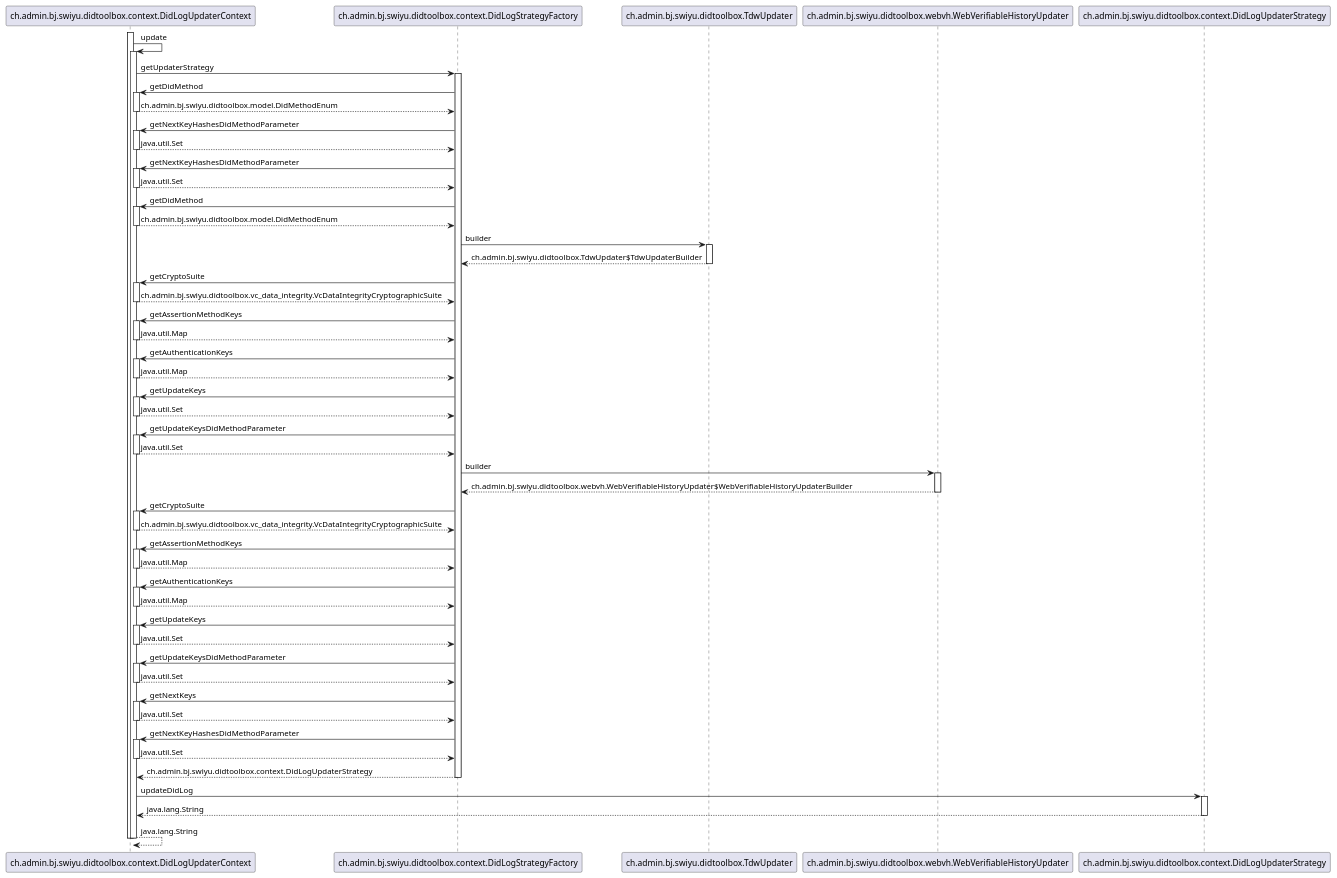
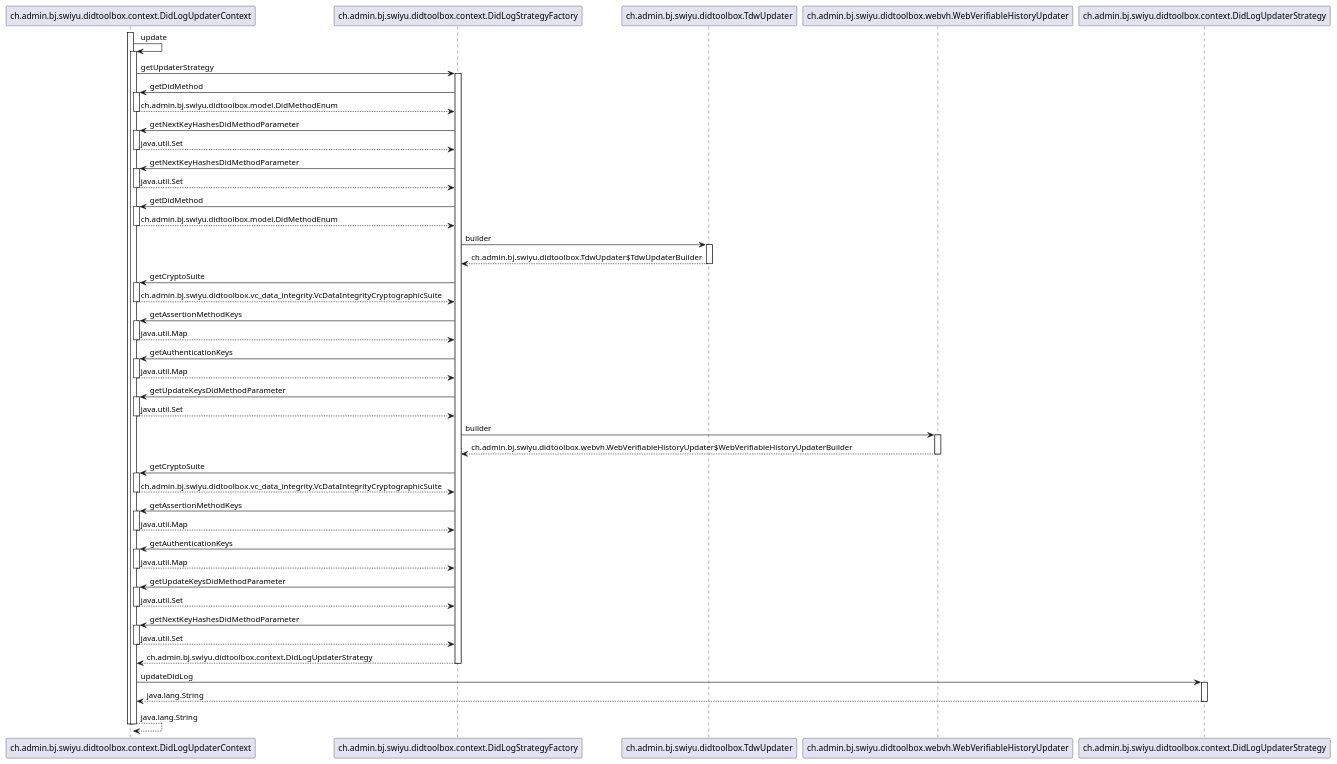
One commit to swiyu-admin-ch/didtoolbox-java changed the diagram in src/main/plantuml/DidLogUpdaterContext-update.puml. Above: the diagram before and after it, drawn with PlantUML. The commit also changed 20 other files, not shown here.

```diff
--- a/src/main/plantuml/DidLogUpdaterContext-update.puml
+++ b/src/main/plantuml/DidLogUpdaterContext-update.puml
@@ -2,96 +2,84 @@
 @startuml
 
 participant ch.admin.bj.swiyu.didtoolbox.context.DidLogUpdaterContext
 participant ch.admin.bj.swiyu.didtoolbox.context.DidLogStrategyFactory
 participant ch.admin.bj.swiyu.didtoolbox.TdwUpdater
 participant ch.admin.bj.swiyu.didtoolbox.webvh.WebVerifiableHistoryUpdater
 participant ch.admin.bj.swiyu.didtoolbox.context.DidLogUpdaterStrategy
 
 activate ch.admin.bj.swiyu.didtoolbox.context.DidLogUpdaterContext
 	ch.admin.bj.swiyu.didtoolbox.context.DidLogUpdaterContext -> ch.admin.bj.swiyu.didtoolbox.context.DidLogUpdaterContext : update
 	activate ch.admin.bj.swiyu.didtoolbox.context.DidLogUpdaterContext
 		ch.admin.bj.swiyu.didtoolbox.context.DidLogUpdaterContext -> ch.admin.bj.swiyu.didtoolbox.context.DidLogStrategyFactory : getUpdaterStrategy
 		activate ch.admin.bj.swiyu.didtoolbox.context.DidLogStrategyFactory
 			ch.admin.bj.swiyu.didtoolbox.context.DidLogStrategyFactory -> ch.admin.bj.swiyu.didtoolbox.context.DidLogUpdaterContext : getDidMethod
 			activate ch.admin.bj.swiyu.didtoolbox.context.DidLogUpdaterContext
 				ch.admin.bj.swiyu.didtoolbox.context.DidLogUpdaterContext --> ch.admin.bj.swiyu.didtoolbox.context.DidLogStrategyFactory : ch.admin.bj.swiyu.didtoolbox.model.DidMethodEnum
 			deactivate ch.admin.bj.swiyu.didtoolbox.context.DidLogUpdaterContext
 			ch.admin.bj.swiyu.didtoolbox.context.DidLogStrategyFactory -> ch.admin.bj.swiyu.didtoolbox.context.DidLogUpdaterContext : getNextKeyHashesDidMethodParameter
 			activate ch.admin.bj.swiyu.didtoolbox.context.DidLogUpdaterContext
 				ch.admin.bj.swiyu.didtoolbox.context.DidLogUpdaterContext --> ch.admin.bj.swiyu.didtoolbox.context.DidLogStrategyFactory : java.util.Set
 			deactivate ch.admin.bj.swiyu.didtoolbox.context.DidLogUpdaterContext
 			ch.admin.bj.swiyu.didtoolbox.context.DidLogStrategyFactory -> ch.admin.bj.swiyu.didtoolbox.context.DidLogUpdaterContext : getNextKeyHashesDidMethodParameter
 			activate ch.admin.bj.swiyu.didtoolbox.context.DidLogUpdaterContext
 				ch.admin.bj.swiyu.didtoolbox.context.DidLogUpdaterContext --> ch.admin.bj.swiyu.didtoolbox.context.DidLogStrategyFactory : java.util.Set
 			deactivate ch.admin.bj.swiyu.didtoolbox.context.DidLogUpdaterContext
 			ch.admin.bj.swiyu.didtoolbox.context.DidLogStrategyFactory -> ch.admin.bj.swiyu.didtoolbox.context.DidLogUpdaterContext : getDidMethod
 			activate ch.admin.bj.swiyu.didtoolbox.context.DidLogUpdaterContext
 				ch.admin.bj.swiyu.didtoolbox.context.DidLogUpdaterContext --> ch.admin.bj.swiyu.didtoolbox.context.DidLogStrategyFactory : ch.admin.bj.swiyu.didtoolbox.model.DidMethodEnum
 			deactivate ch.admin.bj.swiyu.didtoolbox.context.DidLogUpdaterContext
 			ch.admin.bj.swiyu.didtoolbox.context.DidLogStrategyFactory -> ch.admin.bj.swiyu.didtoolbox.TdwUpdater : builder
 			activate ch.admin.bj.swiyu.didtoolbox.TdwUpdater
 				ch.admin.bj.swiyu.didtoolbox.TdwUpdater --> ch.admin.bj.swiyu.didtoolbox.context.DidLogStrategyFactory : ch.admin.bj.swiyu.didtoolbox.TdwUpdater$TdwUpdaterBuilder
 			deactivate ch.admin.bj.swiyu.didtoolbox.TdwUpdater
 			ch.admin.bj.swiyu.didtoolbox.context.DidLogStrategyFactory -> ch.admin.bj.swiyu.didtoolbox.context.DidLogUpdaterContext : getCryptoSuite
 			activate ch.admin.bj.swiyu.didtoolbox.context.DidLogUpdaterContext
 				ch.admin.bj.swiyu.didtoolbox.context.DidLogUpdaterContext --> ch.admin.bj.swiyu.didtoolbox.context.DidLogStrategyFactory : ch.admin.bj.swiyu.didtoolbox.vc_data_integrity.VcDataIntegrityCryptographicSuite
 			deactivate ch.admin.bj.swiyu.didtoolbox.context.DidLogUpdaterContext
 			ch.admin.bj.swiyu.didtoolbox.context.DidLogStrategyFactory -> ch.admin.bj.swiyu.didtoolbox.context.DidLogUpdaterContext : getAssertionMethodKeys
 			activate ch.admin.bj.swiyu.didtoolbox.context.DidLogUpdaterContext
 				ch.admin.bj.swiyu.didtoolbox.context.DidLogUpdaterContext --> ch.admin.bj.swiyu.didtoolbox.context.DidLogStrategyFactory : java.util.Map
 			deactivate ch.admin.bj.swiyu.didtoolbox.context.DidLogUpdaterContext
 			ch.admin.bj.swiyu.didtoolbox.context.DidLogStrategyFactory -> ch.admin.bj.swiyu.didtoolbox.context.DidLogUpdaterContext : getAuthenticationKeys
 			activate ch.admin.bj.swiyu.didtoolbox.context.DidLogUpdaterContext
 				ch.admin.bj.swiyu.didtoolbox.context.DidLogUpdaterContext --> ch.admin.bj.swiyu.didtoolbox.context.DidLogStrategyFactory : java.util.Map
 			deactivate ch.admin.bj.swiyu.didtoolbox.context.DidLogUpdaterContext
-			ch.admin.bj.swiyu.didtoolbox.context.DidLogStrategyFactory -> ch.admin.bj.swiyu.didtoolbox.context.DidLogUpdaterContext : getUpdateKeys
-			activate ch.admin.bj.swiyu.didtoolbox.context.DidLogUpdaterContext
-				ch.admin.bj.swiyu.didtoolbox.context.DidLogUpdaterContext --> ch.admin.bj.swiyu.didtoolbox.context.DidLogStrategyFactory : java.util.Set
-			deactivate ch.admin.bj.swiyu.didtoolbox.context.DidLogUpdaterContext
 			ch.admin.bj.swiyu.didtoolbox.context.DidLogStrategyFactory -> ch.admin.bj.swiyu.didtoolbox.context.DidLogUpdaterContext : getUpdateKeysDidMethodParameter
 			activate ch.admin.bj.swiyu.didtoolbox.context.DidLogUpdaterContext
 				ch.admin.bj.swiyu.didtoolbox.context.DidLogUpdaterContext --> ch.admin.bj.swiyu.didtoolbox.context.DidLogStrategyFactory : java.util.Set
 			deactivate ch.admin.bj.swiyu.didtoolbox.context.DidLogUpdaterContext
 			ch.admin.bj.swiyu.didtoolbox.context.DidLogStrategyFactory -> ch.admin.bj.swiyu.didtoolbox.webvh.WebVerifiableHistoryUpdater : builder
 			activate ch.admin.bj.swiyu.didtoolbox.webvh.WebVerifiableHistoryUpdater
 				ch.admin.bj.swiyu.didtoolbox.webvh.WebVerifiableHistoryUpdater --> ch.admin.bj.swiyu.didtoolbox.context.DidLogStrategyFactory : ch.admin.bj.swiyu.didtoolbox.webvh.WebVerifiableHistoryUpdater$WebVerifiableHistoryUpdaterBuilder
 			deactivate ch.admin.bj.swiyu.didtoolbox.webvh.WebVerifiableHistoryUpdater
 			ch.admin.bj.swiyu.didtoolbox.context.DidLogStrategyFactory -> ch.admin.bj.swiyu.didtoolbox.context.DidLogUpdaterContext : getCryptoSuite
 			activate ch.admin.bj.swiyu.didtoolbox.context.DidLogUpdaterContext
 				ch.admin.bj.swiyu.didtoolbox.context.DidLogUpdaterContext --> ch.admin.bj.swiyu.didtoolbox.context.DidLogStrategyFactory : ch.admin.bj.swiyu.didtoolbox.vc_data_integrity.VcDataIntegrityCryptographicSuite
 			deactivate ch.admin.bj.swiyu.didtoolbox.context.DidLogUpdaterContext
 			ch.admin.bj.swiyu.didtoolbox.context.DidLogStrategyFactory -> ch.admin.bj.swiyu.didtoolbox.context.DidLogUpdaterContext : getAssertionMethodKeys
 			activate ch.admin.bj.swiyu.didtoolbox.context.DidLogUpdaterContext
 				ch.admin.bj.swiyu.didtoolbox.context.DidLogUpdaterContext --> ch.admin.bj.swiyu.didtoolbox.context.DidLogStrategyFactory : java.util.Map
 			deactivate ch.admin.bj.swiyu.didtoolbox.context.DidLogUpdaterContext
 			ch.admin.bj.swiyu.didtoolbox.context.DidLogStrategyFactory -> ch.admin.bj.swiyu.didtoolbox.context.DidLogUpdaterContext : getAuthenticationKeys
 			activate ch.admin.bj.swiyu.didtoolbox.context.DidLogUpdaterContext
 				ch.admin.bj.swiyu.didtoolbox.context.DidLogUpdaterContext --> ch.admin.bj.swiyu.didtoolbox.context.DidLogStrategyFactory : java.util.Map
 			deactivate ch.admin.bj.swiyu.didtoolbox.context.DidLogUpdaterContext
-			ch.admin.bj.swiyu.didtoolbox.context.DidLogStrategyFactory -> ch.admin.bj.swiyu.didtoolbox.context.DidLogUpdaterContext : getUpdateKeys
-			activate ch.admin.bj.swiyu.didtoolbox.context.DidLogUpdaterContext
-				ch.admin.bj.swiyu.didtoolbox.context.DidLogUpdaterContext --> ch.admin.bj.swiyu.didtoolbox.context.DidLogStrategyFactory : java.util.Set
-			deactivate ch.admin.bj.swiyu.didtoolbox.context.DidLogUpdaterContext
 			ch.admin.bj.swiyu.didtoolbox.context.DidLogStrategyFactory -> ch.admin.bj.swiyu.didtoolbox.context.DidLogUpdaterContext : getUpdateKeysDidMethodParameter
-			activate ch.admin.bj.swiyu.didtoolbox.context.DidLogUpdaterContext
-				ch.admin.bj.swiyu.didtoolbox.context.DidLogUpdaterContext --> ch.admin.bj.swiyu.didtoolbox.context.DidLogStrategyFactory : java.util.Set
-			deactivate ch.admin.bj.swiyu.didtoolbox.context.DidLogUpdaterContext
-			ch.admin.bj.swiyu.didtoolbox.context.DidLogStrategyFactory -> ch.admin.bj.swiyu.didtoolbox.context.DidLogUpdaterContext : getNextKeys
 			activate ch.admin.bj.swiyu.didtoolbox.context.DidLogUpdaterContext
 				ch.admin.bj.swiyu.didtoolbox.context.DidLogUpdaterContext --> ch.admin.bj.swiyu.didtoolbox.context.DidLogStrategyFactory : java.util.Set
 			deactivate ch.admin.bj.swiyu.didtoolbox.context.DidLogUpdaterContext
 			ch.admin.bj.swiyu.didtoolbox.context.DidLogStrategyFactory -> ch.admin.bj.swiyu.didtoolbox.context.DidLogUpdaterContext : getNextKeyHashesDidMethodParameter
 			activate ch.admin.bj.swiyu.didtoolbox.context.DidLogUpdaterContext
 				ch.admin.bj.swiyu.didtoolbox.context.DidLogUpdaterContext --> ch.admin.bj.swiyu.didtoolbox.context.DidLogStrategyFactory : java.util.Set
 			deactivate ch.admin.bj.swiyu.didtoolbox.context.DidLogUpdaterContext
 			ch.admin.bj.swiyu.didtoolbox.context.DidLogStrategyFactory --> ch.admin.bj.swiyu.didtoolbox.context.DidLogUpdaterContext : ch.admin.bj.swiyu.didtoolbox.context.DidLogUpdaterStrategy
 		deactivate ch.admin.bj.swiyu.didtoolbox.context.DidLogStrategyFactory
 		ch.admin.bj.swiyu.didtoolbox.context.DidLogUpdaterContext -> ch.admin.bj.swiyu.didtoolbox.context.DidLogUpdaterStrategy : updateDidLog
 		activate ch.admin.bj.swiyu.didtoolbox.context.DidLogUpdaterStrategy
 			ch.admin.bj.swiyu.didtoolbox.context.DidLogUpdaterStrategy --> ch.admin.bj.swiyu.didtoolbox.context.DidLogUpdaterContext : java.lang.String
 		deactivate ch.admin.bj.swiyu.didtoolbox.context.DidLogUpdaterStrategy
 		ch.admin.bj.swiyu.didtoolbox.context.DidLogUpdaterContext --> ch.admin.bj.swiyu.didtoolbox.context.DidLogUpdaterContext : java.lang.String
 	deactivate ch.admin.bj.swiyu.didtoolbox.context.DidLogUpdaterContext
 deactivate ch.admin.bj.swiyu.didtoolbox.context.DidLogUpdaterContext
 
 @enduml
```
